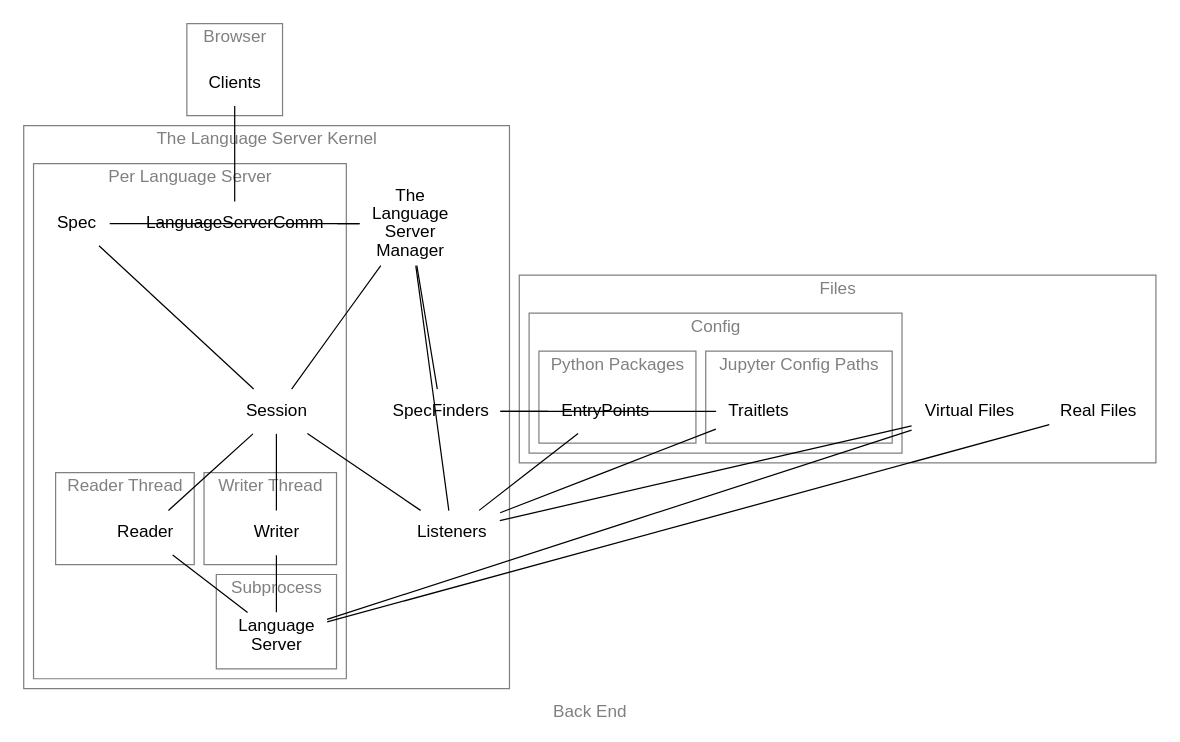
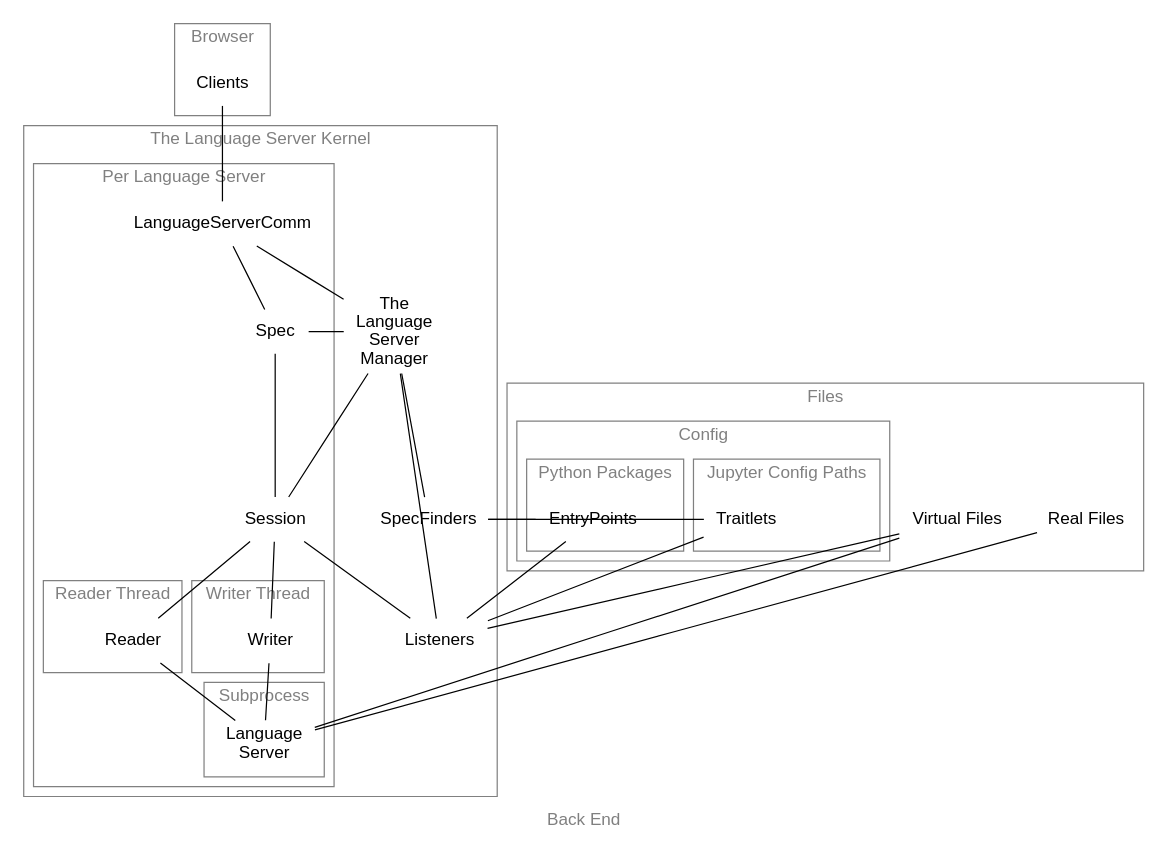
One commit to jupyter-lsp/jupyterlab-lsp changed the diagram in docs/dot/as-is/backend.dot. Above: the diagram before and after it, drawn with Graphviz. The commit also changed 1 other file, not shown here.

Commit message:
smore more cleanup on architecture diagrams

```diff
--- a/docs/dot/as-is/backend.dot
+++ b/docs/dot/as-is/backend.dot
@@ -1,54 +1,55 @@
 graph backend {
     label="Back End"
     splines="line"
     fontname="sans-serif"
     node[shape=none fontname="sans-serif"]
     edge[fontname="sans-serif"]
     graph[fontcolor=grey color=grey]
 
     subgraph cluster_browser {
         label=Browser
         Clients
     }
 
     subgraph cluster_kernel { label="The Language Server Kernel"
         Manager[label="The\nLanguage\nServer\nManager"]
         SpecFinders
         subgraph cluster_lsp { label="Per Language Server"
             LanguageServerComm
             Spec
             Session
             subgraph cluster_read_thread { label="Reader Thread"
                 Reader
             }
             subgraph cluster_write_thread { label="Writer Thread"
                 Writer
             }
             subgraph cluster_ls_process { label="Subprocess"
                 LanguageServer[label="Language\nServer"]
             }
         }
         Listeners
     }
 
     subgraph cluster_files { label="Files"
         RealFiles[label="Real Files"]
         VirtualFiles[label="Virtual Files"]
         subgraph cluster_config { label="Config"
             subgraph cluster_jupyter_cfg { label="Jupyter Config Paths"
                 Traitlets
             }
             subgraph cluster_python_pkgs { label="Python Packages"
                 EntryPoints
             }
         }
     }
 
     Clients -- {LanguageServerComm} -- Manager
+    LanguageServerComm -- Spec
     Session -- {Reader Writer} -- LanguageServer
     {Manager Traitlets EntryPoints} -- {SpecFinders Listeners}
     Manager -- {Spec Session}
     Spec -- Session
     Session -- Listeners -- VirtualFiles
     LanguageServer -- {RealFiles VirtualFiles}
 }
```
